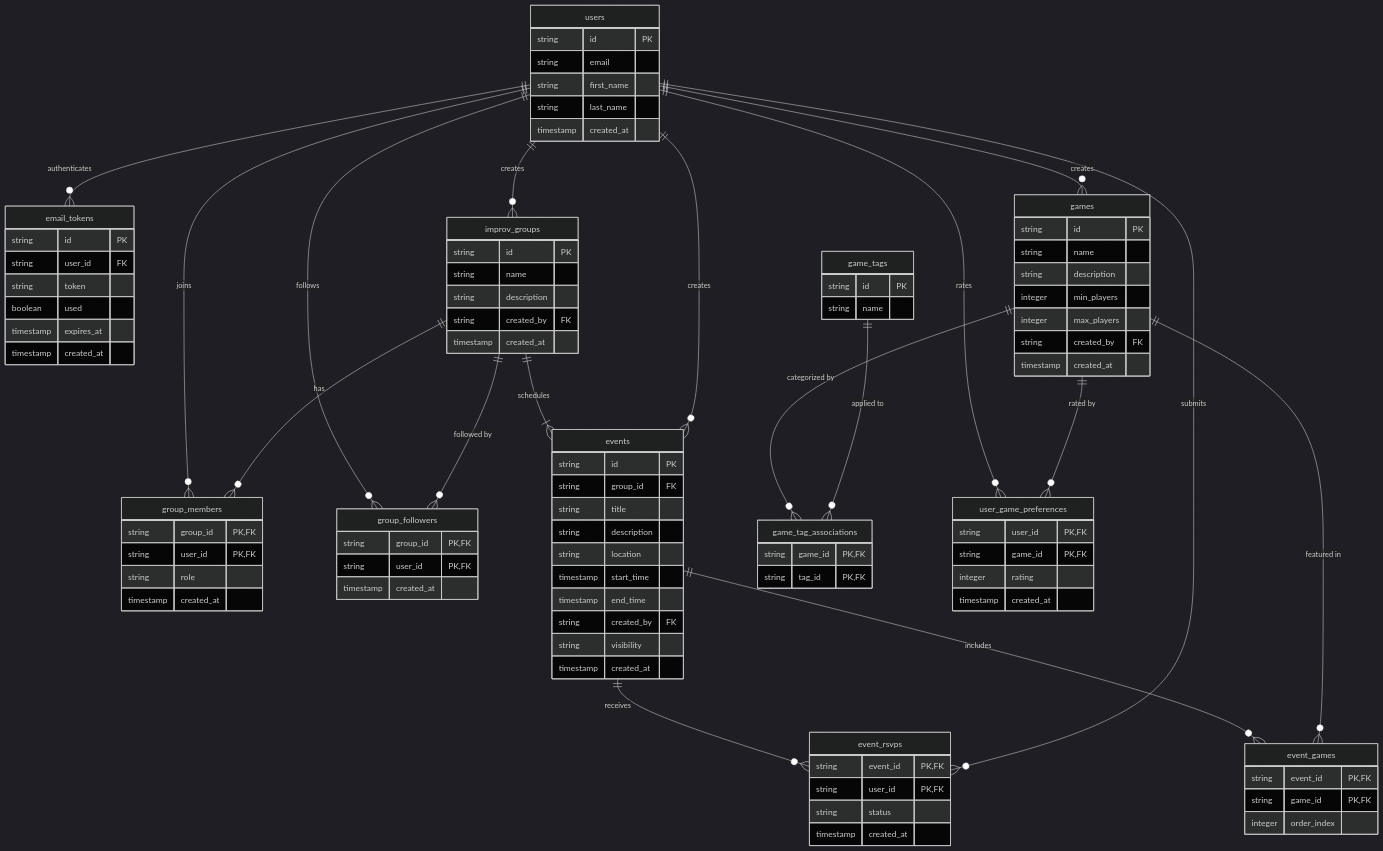
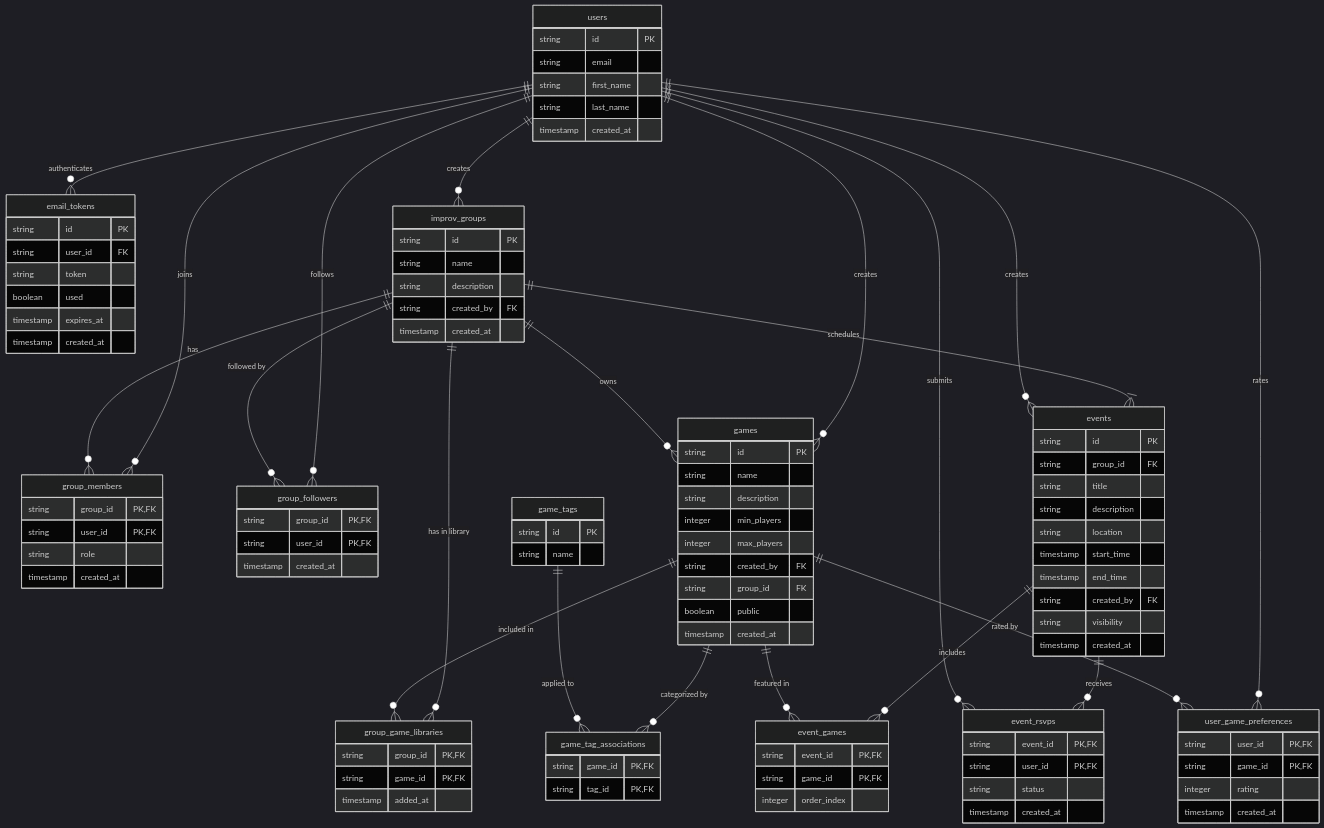
Before and after one commit to ericwooley/improv-app: the diagram in README.md, drawn with Mermaid (dark theme). The commit also changed 1 other file, not shown here.

Commit message:
add library to games

```diff
--- a/README.md
+++ b/README.md
@@ -172,6 +172,8 @@
         integer min_players
         integer max_players
         string created_by FK
+        string group_id FK
+        boolean public
         timestamp created_at
     }
 
@@ -183,6 +185,12 @@
     game_tag_associations {
         string game_id PK,FK
         string tag_id PK,FK
+    }
+
+    group_game_libraries {
+        string group_id PK,FK
+        string game_id PK,FK
+        timestamp added_at
     }
 
     event_games {
@@ -209,8 +217,11 @@
     events ||--o{ event_rsvps : "receives"
     users ||--o{ event_rsvps : "submits"
     users ||--o{ games : "creates"
+    improv_groups ||--o{ games : "owns"
     games ||--o{ game_tag_associations : "categorized by"
     game_tags ||--o{ game_tag_associations : "applied to"
+    improv_groups ||--o{ group_game_libraries : "has in library"
+    games ||--o{ group_game_libraries : "included in"
     events ||--o{ event_games : "includes"
     games ||--o{ event_games : "featured in"
     users ||--o{ user_game_preferences : "rates"
```
